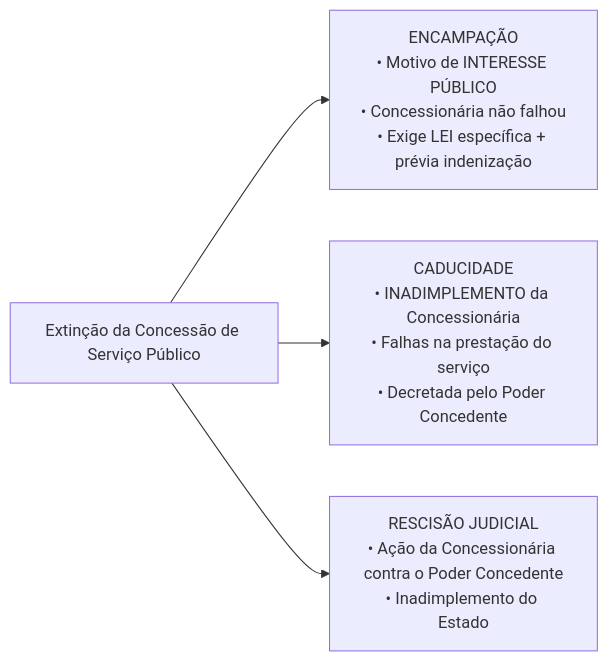
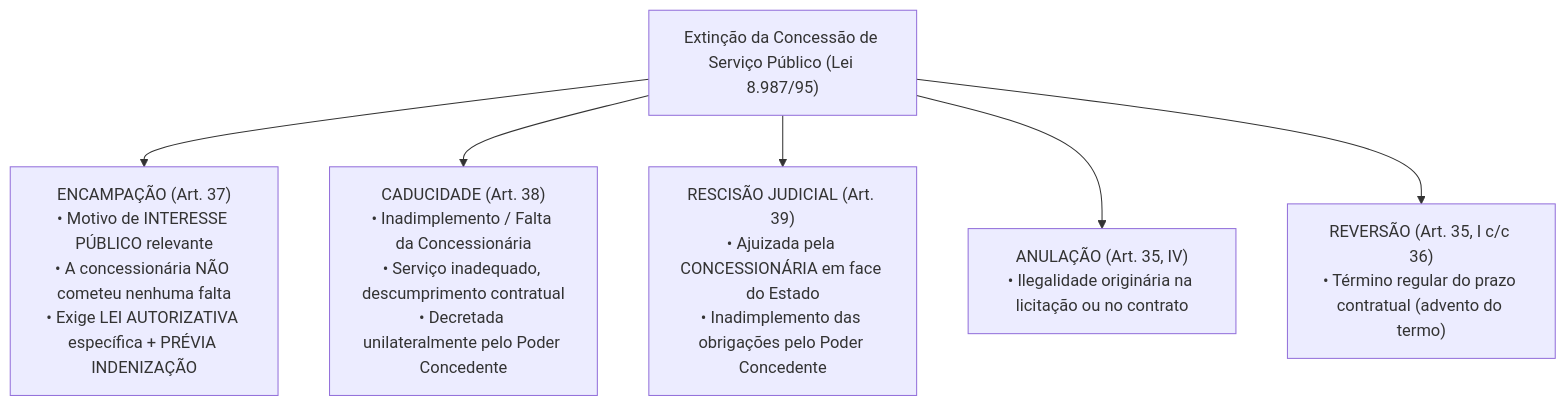
One commit to thiagosantos346/TCE-GO-2027 changed the third of 3 diagrams in fontes_de_estudo/conhecimentos_especificos_a01_tecnico_administrativo/15_nocoes_de_direito_administrativo/04_servicos_publicos_bens_e_responsabilidade_civil.md. Above: the diagram before and after it, drawn with Mermaid. The commit also changed other lines of this file and 119 other files, not shown here.

````diff
--- a/fontes_de_estudo/conhecimentos_especificos_a01_tecnico_administrativo/15_nocoes_de_direito_administrativo/04_servicos_publicos_bens_e_responsabilidade_civil.md
+++ b/fontes_de_estudo/conhecimentos_especificos_a01_tecnico_administrativo/15_nocoes_de_direito_administrativo/04_servicos_publicos_bens_e_responsabilidade_civil.md
@@ -101,6 +149,14 @@
 ```mermaid
-flowchart LR
-    EXT["Extinção da Concessão de Serviço Público"] --> ENC["ENCAMPAÇÃO<br/>• Motivo de INTERESSE PÚBLICO<br/>• Concessionária não falhou<br/>• Exige LEI específica + prévia indenização"]
-    EXT --> CAD["CADUCIDADE<br/>• INADIMPLEMENTO da Concessionária<br/>• Falhas na prestação do serviço<br/>• Decretada pelo Poder Concedente"]
-    EXT --> RES["RESCISÃO JUDICIAL<br/>• Ação da Concessionária contra o Poder Concedente<br/>• Inadimplemento do Estado"]
+flowchart TD
+    EXT["Extinção da Concessão de Serviço Público (Lei 8.987/95)"]
+    
+    EXT --> ENC["ENCAMPAÇÃO (Art. 37)<br/>• Motivo de INTERESSE PÚBLICO relevante<br/>• A concessionária NÃO cometeu nenhuma falta<br/>• Exige LEI AUTORIZATIVA específica + PRÉVIA INDENIZAÇÃO"]
+    
+    EXT --> CAD["CADUCIDADE (Art. 38)<br/>• Inadimplemento / Falta da Concessionária<br/>• Serviço inadequado, descumprimento contratual<br/>• Decretada unilateralmente pelo Poder Concedente"]
+    
+    EXT --> RES["RESCISÃO JUDICIAL (Art. 39)<br/>• Ajuizada pela CONCESSIONÁRIA em face do Estado<br/>• Inadimplemento das obrigações pelo Poder Concedente"]
+    
+    EXT --> ANU["ANULAÇÃO (Art. 35, IV)<br/>• Ilegalidade originária na licitação ou no contrato"]
+    
+    EXT --> REV["REVERSÃO (Art. 35, I c/c 36)<br/>• Término regular do prazo contratual (advento do termo)"]
 ```
````
